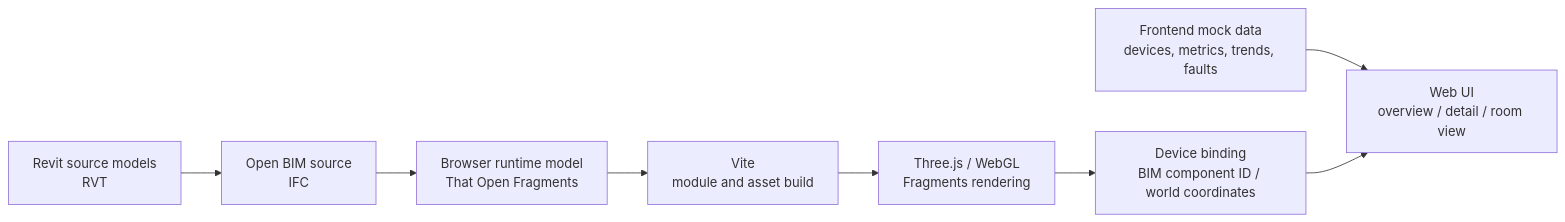
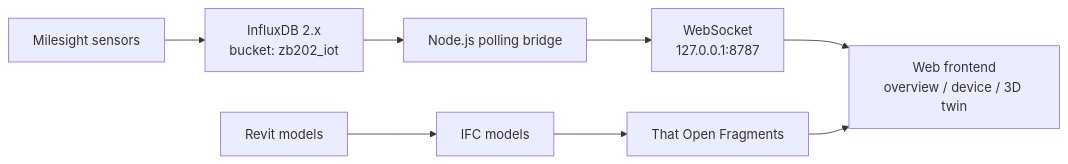
The diagram in README.en.md (LYUml/ZB202_DT), drawn with Mermaid before and after one commit. The commit also changed other lines of this file and 14 other files, not shown here.

````diff
--- a/README.en.md
+++ b/README.en.md
@@ -13,10 +13,11 @@
 ```mermaid
 flowchart LR
-  RVT["Revit source models<br/>RVT"] --> IFC["Open BIM source<br/>IFC"]
-  IFC --> FRAG["Browser runtime model<br/>That Open Fragments"]
-  FRAG --> VITE["Vite<br/>module and asset build"]
-  VITE --> THREE["Three.js / WebGL<br/>Fragments rendering"]
-  MOCK["Frontend mock data<br/>devices, metrics, trends, faults"] --> UI["Web UI<br/>overview / detail / room view"]
-  THREE --> BIND["Device binding<br/>BIM component ID / world coordinates"]
-  BIND --> UI
+  SENSOR["Milesight sensors"] --> INFLUX["InfluxDB 2.x<br/>bucket: zb202_iot"]
+  INFLUX --> BRIDGE["Node.js polling bridge"]
+  BRIDGE --> WS["WebSocket<br/>127.0.0.1:8787"]
+  WS --> UI["Web frontend<br/>overview / device / 3D twin"]
+
+  RVT["Revit models"] --> IFC["IFC models"]
+  IFC --> FRAG["That Open Fragments"]
+  FRAG --> UI
 ```
````
